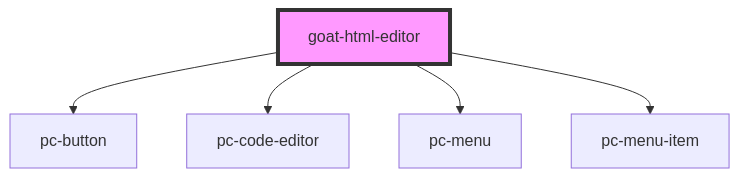
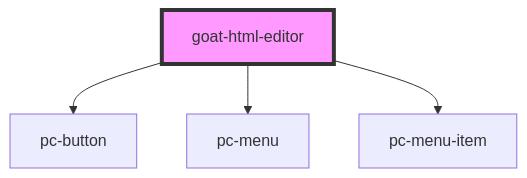
Before and after one commit to redvars/peacock: the diagram in src/components/input-controls/html-editor/readme.md, drawn with Mermaid. The commit also changed other lines of this file and 37 other files, not shown here.

````diff
--- a/src/components/input-controls/html-editor/readme.md
+++ b/src/components/input-controls/html-editor/readme.md
@@ -82,8 +81,7 @@
 ```mermaid
 graph TD;
   goat-html-editor --> pc-button
-  goat-html-editor --> pc-code-editor
   goat-html-editor --> pc-menu
   goat-html-editor --> pc-menu-item
   style goat-html-editor fill:#f9f,stroke:#333,stroke-width:4px
 ```
````
